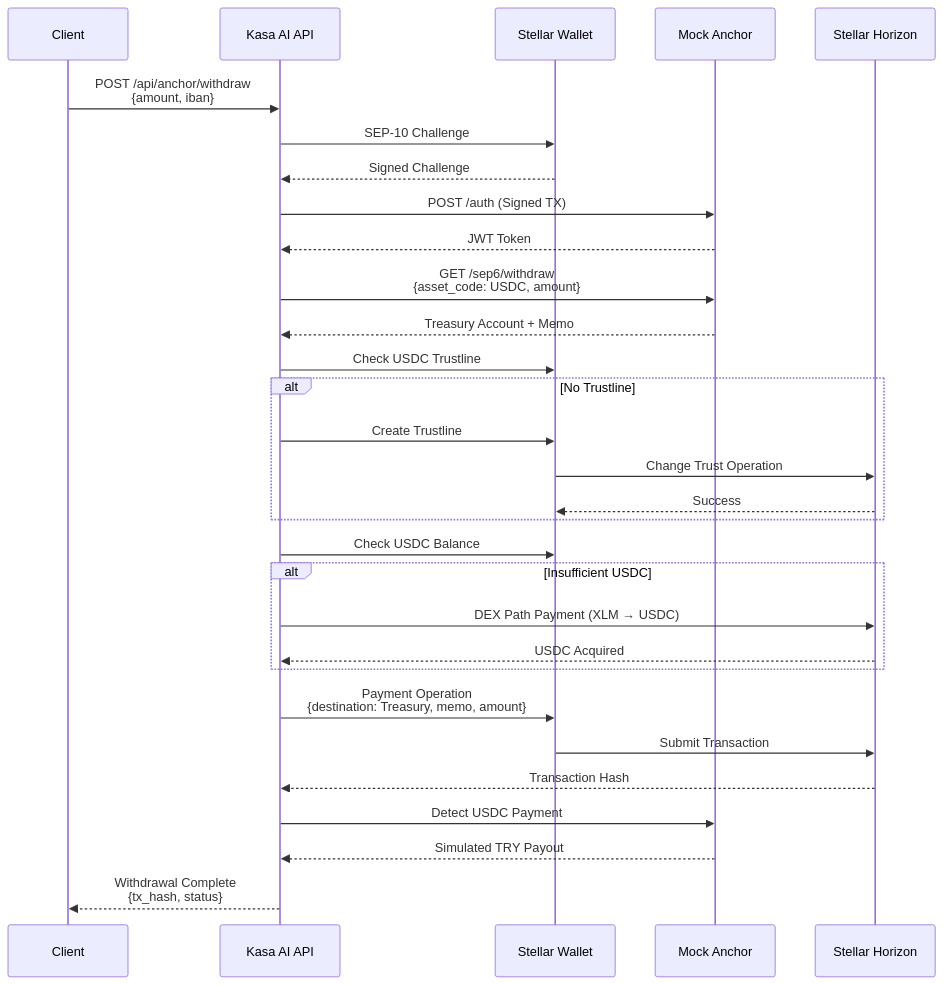
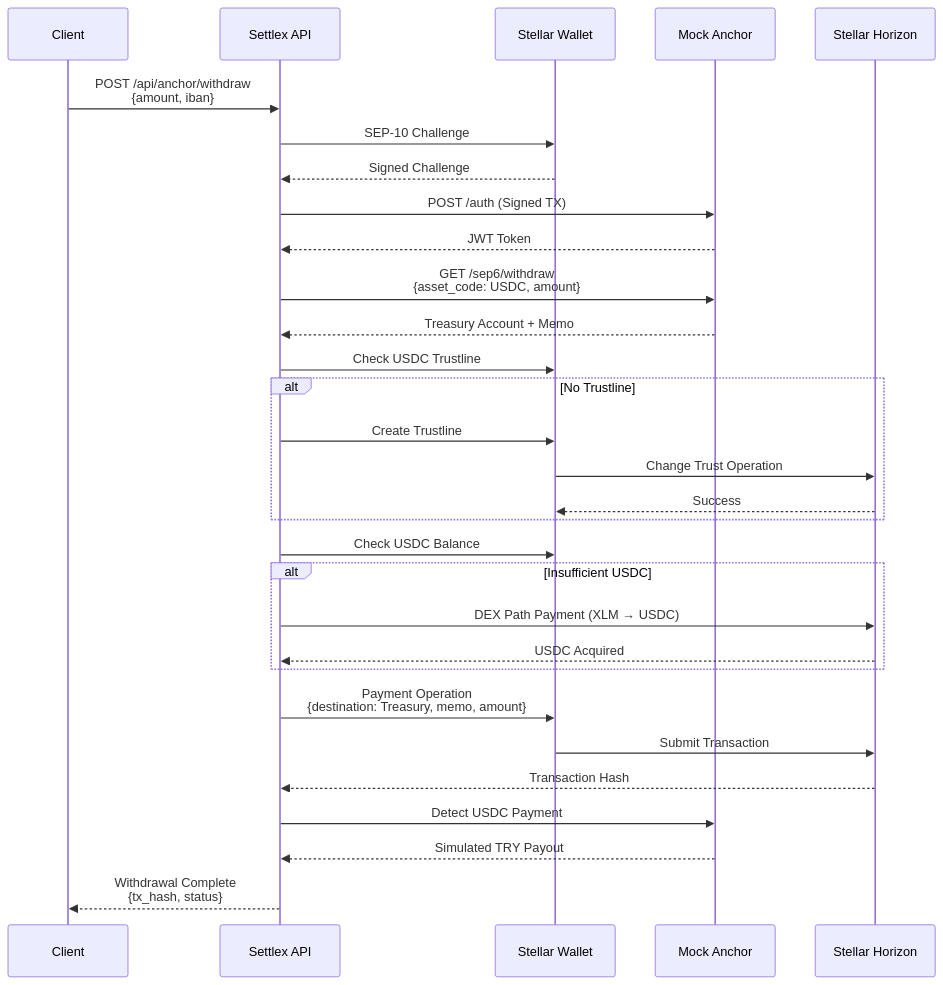
The third of 3 diagrams in README.md (musa-ok/settlex-stellar-hackathon), drawn with Mermaid before and after one commit. The commit also changed other lines of this file and 10 other files, not shown here.

````diff
--- a/README.md
+++ b/README.md
@@ -160,38 +161,38 @@
 ```mermaid
 sequenceDiagram
     participant Client as Client
-    participant API as Kasa AI API
+    participant API as Settlex API
     participant Wallet as Stellar Wallet
     participant Anchor as Mock Anchor
     participant Horizon as Stellar Horizon
     
     Client->>API: POST /api/anchor/withdraw<br/>{amount, iban}
     API->>Wallet: SEP-10 Challenge
     Wallet-->>API: Signed Challenge
     API->>Anchor: POST /auth (Signed TX)
     Anchor-->>API: JWT Token
     
     API->>Anchor: GET /sep6/withdraw<br/>{asset_code: USDC, amount}
     Anchor-->>API: Treasury Account + Memo
     
     API->>Wallet: Check USDC Trustline
     alt No Trustline
         API->>Wallet: Create Trustline
         Wallet->>Horizon: Change Trust Operation
         Horizon-->>Wallet: Success
     end
     
     API->>Wallet: Check USDC Balance
     alt Insufficient USDC
         API->>Horizon: DEX Path Payment (XLM → USDC)
         Horizon-->>API: USDC Acquired
     end
     
     API->>Wallet: Payment Operation<br/>{destination: Treasury, memo, amount}
     Wallet->>Horizon: Submit Transaction
     Horizon-->>API: Transaction Hash
     
     API->>Anchor: Detect USDC Payment
     Anchor-->>API: Simulated TRY Payout
     API-->>Client: Withdrawal Complete<br/>{tx_hash, status}
 ```
````
